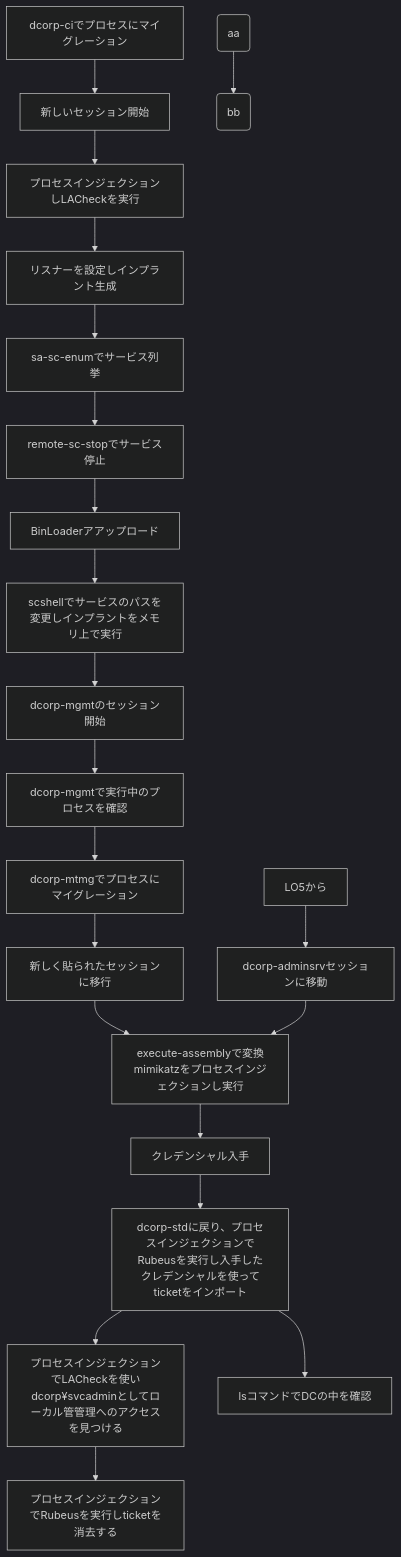
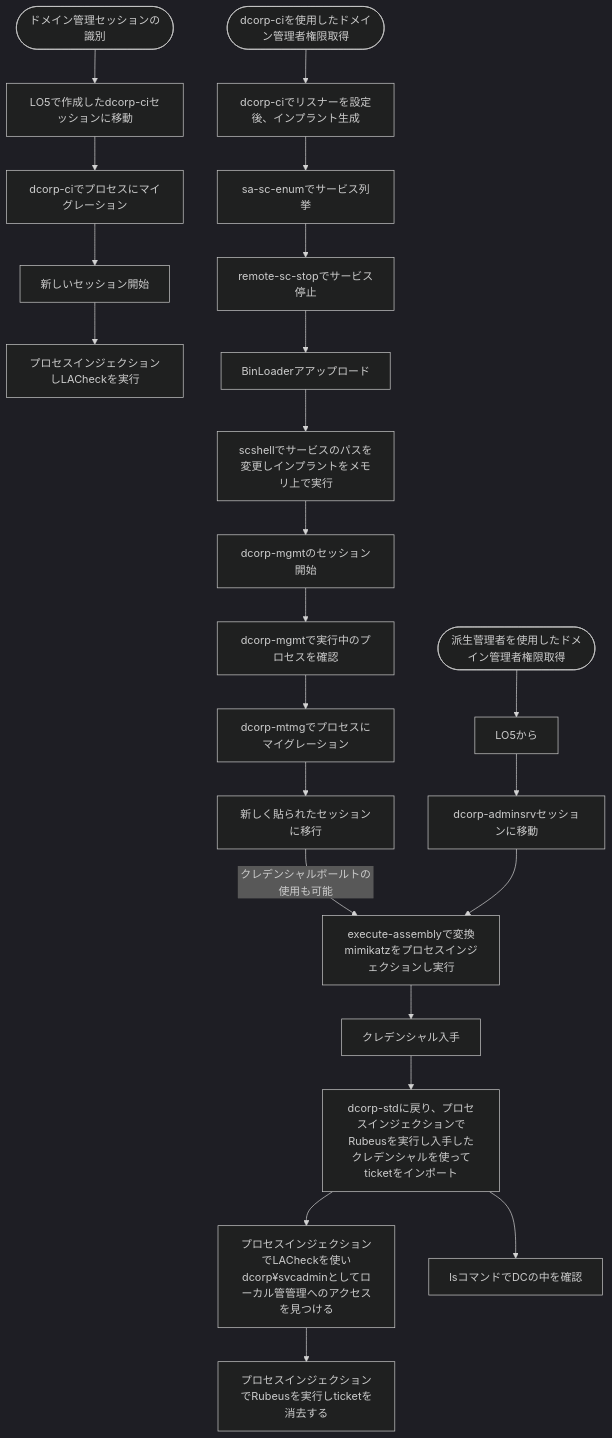
The first of 2 diagrams in CRTP.md (ballboyst/learend_recode), drawn with Mermaid (dark theme) before and after one commit. The commit also changed other lines of this file, not shown here.

Commit message:
add sliver-case in CRTP.md

````diff
--- a/CRTP.md
+++ b/CRTP.md
@@ -453,25 +453,27 @@
 ```mermaid
 graph TD;
-A(aa)-->B(bb)
-51[dcorp-ciでプロセスにマイグレーション]
--->52[新しいセッション開始]
--->53[プロセスインジェクションしLACheckを実行]
--->54[リスナーを設定しインプラント生成]
--->55[sa-sc-enumでサービス列挙]
--->56[remote-sc-stopでサービス停止]
--->57[BinLoaderアアップロード]
--->58[scshellでサービスのパスを変更しインプラントをメモリ上で実行]
--->59[dcorp-mgmtのセッション開始]
--->5a[dcorp-mgmtで実行中のプロセスを確認]
--->5b[dcorp-mtmgでプロセスにマイグレーション]
--->5c[新しく貼られたセッションに移行]
--->5d[execute-assemblyで変換mimikatzをプロセスインジェクションし実行]
--->5e[クレデンシャル入手]
--->5f[dcorp-stdに戻り、プロセスインジェクションでRubeusを実行し入手したクレデンシャルを使ってticketをインポート]
--->5g[プロセスインジェクションでLACheckを使いdcorp¥svcadminとしてローカル管管理へのアクセスを見つける]
--->5h[プロセスインジェクションでRubeusを実行しticketを消去する]
-5f-->5i[lsコマンドでDCの中を確認]
+50([ドメイン管理セッションの識別])
+-->51[LO5で作成したdcorp-ciセッションに移動]
+-->52[dcorp-ciでプロセスにマイグレーション]
+-->53[新しいセッション開始]
+-->54[プロセスインジェクションしLACheckを実行]
+55[dcorp-ciでリスナーを設定後、インプラント生成]
+-->56[sa-sc-enumでサービス列挙]
+-->57[remote-sc-stopでサービス停止]
+-->58[BinLoaderアアップロード]
+-->59[scshellでサービスのパスを変更しインプラントをメモリ上で実行]
+-->5a[dcorp-mgmtのセッション開始]
+-->5b[dcorp-mgmtで実行中のプロセスを確認]
+-->5c[dcorp-mtmgでプロセスにマイグレーション]
+-->5d[新しく貼られたセッションに移行]
+-->|クレデンシャルボールトの使用も可能|5e[execute-assemblyで変換mimikatzをプロセスインジェクションし実行]
+-->5f[クレデンシャル入手]
+-->5g[dcorp-stdに戻り、プロセスインジェクションでRubeusを実行し入手したクレデンシャルを使ってticketをインポート]
+-->5h[プロセスインジェクションでLACheckを使いdcorp¥svcadminとしてローカル管管理へのアクセスを見つける]
+-->5i[プロセスインジェクションでRubeusを実行しticketを消去する]
+5g-->5j[lsコマンドでDCの中を確認]
 
-5j[LO5から]-->5k[dcorp-adminsrvセッションに移動]-->5d
-
+5k[LO5から]-->5l[dcorp-adminsrvセッションに移動]-->5e
+5y([dcorp-ciを使用したドメイン管理者権限取得])-->55
+5z([派生菅理者を使用したドメイン管理者権限取得])-->5k
 ```
````
